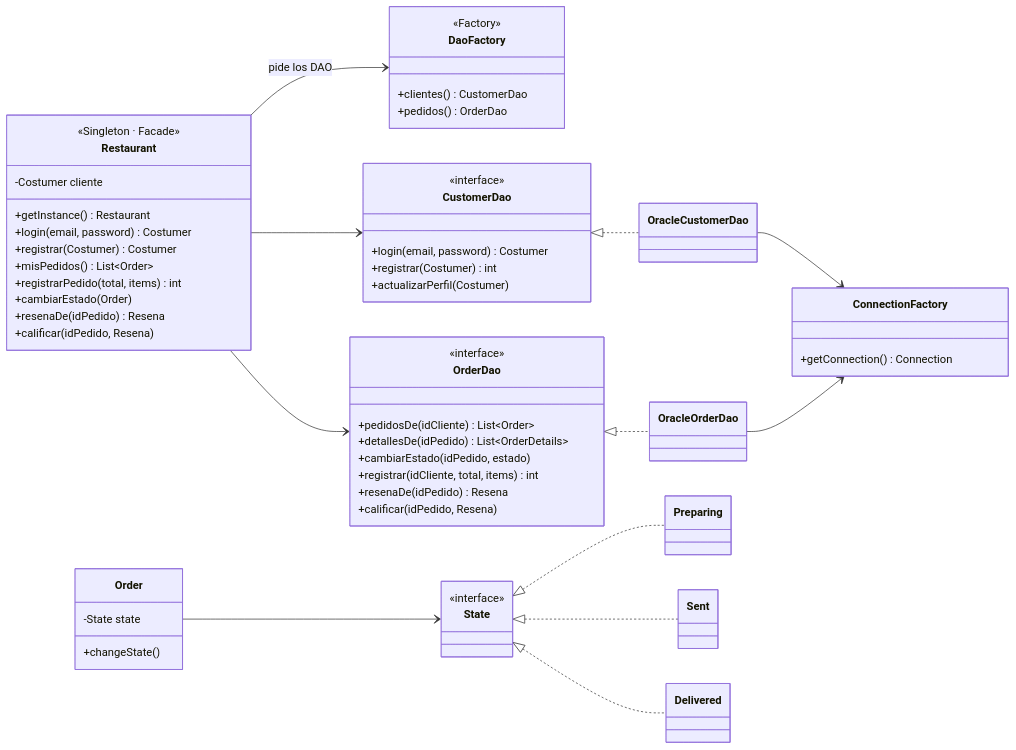
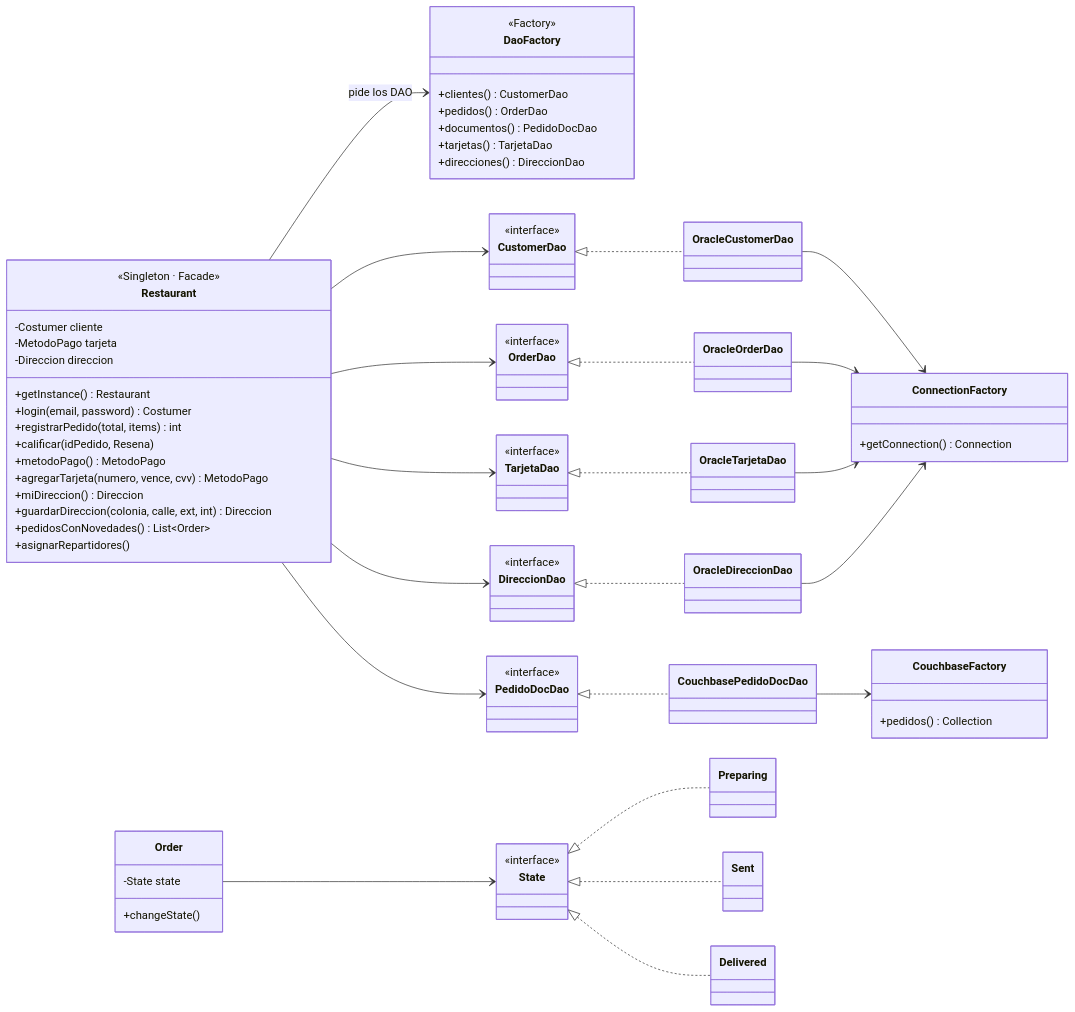
One commit to Jesusjes00/Le-cartoon-Gourtmet changed the second of 5 diagrams in docs/REFERENCIA_TECNICA.md. Above: the diagram before and after it, drawn with Mermaid. The commit also changed other lines of this file, not shown here.

Commit message:
Docs: referencia tecnica al dia (Couchbase, tarjetas, direccion, sucursal por alcaldia, repartidor, swipe, ramas data/Client_data)

````diff
--- a/docs/REFERENCIA_TECNICA.md
+++ b/docs/REFERENCIA_TECNICA.md
@@ -69,59 +85,69 @@
 ```mermaid
 classDiagram
     direction LR
     class Restaurant {
       <<Singleton · Facade>>
       -Costumer cliente
+      -MetodoPago tarjeta
+      -Direccion direccion
       +getInstance() Restaurant
       +login(email, password) Costumer
-      +registrar(Costumer) Costumer
-      +misPedidos() List~Order~
       +registrarPedido(total, items) int
-      +cambiarEstado(Order)
-      +resenaDe(idPedido) Resena
       +calificar(idPedido, Resena)
+      +metodoPago() MetodoPago
+      +agregarTarjeta(numero, vence, cvv) MetodoPago
+      +miDireccion() Direccion
+      +guardarDireccion(colonia, calle, ext, int) Direccion
+      +pedidosConNovedades() List~Order~
+      +asignarRepartidores()
     }
     class DaoFactory {
       <<Factory>>
       +clientes() CustomerDao
       +pedidos() OrderDao
+      +documentos() PedidoDocDao
+      +tarjetas() TarjetaDao
+      +direcciones() DireccionDao
     }
-    class CustomerDao {
-      <<interface>>
-      +login(email, password) Costumer
-      +registrar(Costumer) int
-      +actualizarPerfil(Costumer)
-    }
-    class OrderDao {
-      <<interface>>
-      +pedidosDe(idCliente) List~Order~
-      +detallesDe(idPedido) List~OrderDetails~
-      +cambiarEstado(idPedido, estado)
-      +registrar(idCliente, total, items) int
-      +resenaDe(idPedido) Resena
-      +calificar(idPedido, Resena)
-    }
+    class CustomerDao { <<interface>> }
+    class OrderDao { <<interface>> }
+    class TarjetaDao { <<interface>> }
+    class DireccionDao { <<interface>> }
+    class PedidoDocDao { <<interface>> }
     class OracleCustomerDao
     class OracleOrderDao
+    class OracleTarjetaDao
+    class OracleDireccionDao
+    class CouchbasePedidoDocDao
     class ConnectionFactory {
       +getConnection() Connection
+    }
+    class CouchbaseFactory {
+      +pedidos() Collection
     }
     class Order {
       -State state
       +changeState()
     }
-    class State {
-      <<interface>>
-    }
+    class State { <<interface>> }
     Restaurant --> DaoFactory : pide los DAO
     Restaurant --> CustomerDao
     Restaurant --> OrderDao
+    Restaurant --> TarjetaDao
+    Restaurant --> DireccionDao
+    Restaurant --> PedidoDocDao
     CustomerDao <|.. OracleCustomerDao
     OrderDao <|.. OracleOrderDao
+    TarjetaDao <|.. OracleTarjetaDao
+    DireccionDao <|.. OracleDireccionDao
+    PedidoDocDao <|.. CouchbasePedidoDocDao
     OracleCustomerDao --> ConnectionFactory
     OracleOrderDao --> ConnectionFactory
+    OracleTarjetaDao --> ConnectionFactory
+    OracleDireccionDao --> ConnectionFactory
+    CouchbasePedidoDocDao --> CouchbaseFactory
     Order --> State
     State <|.. Preparing
     State <|.. Sent
     State <|.. Delivered
 ```
````
